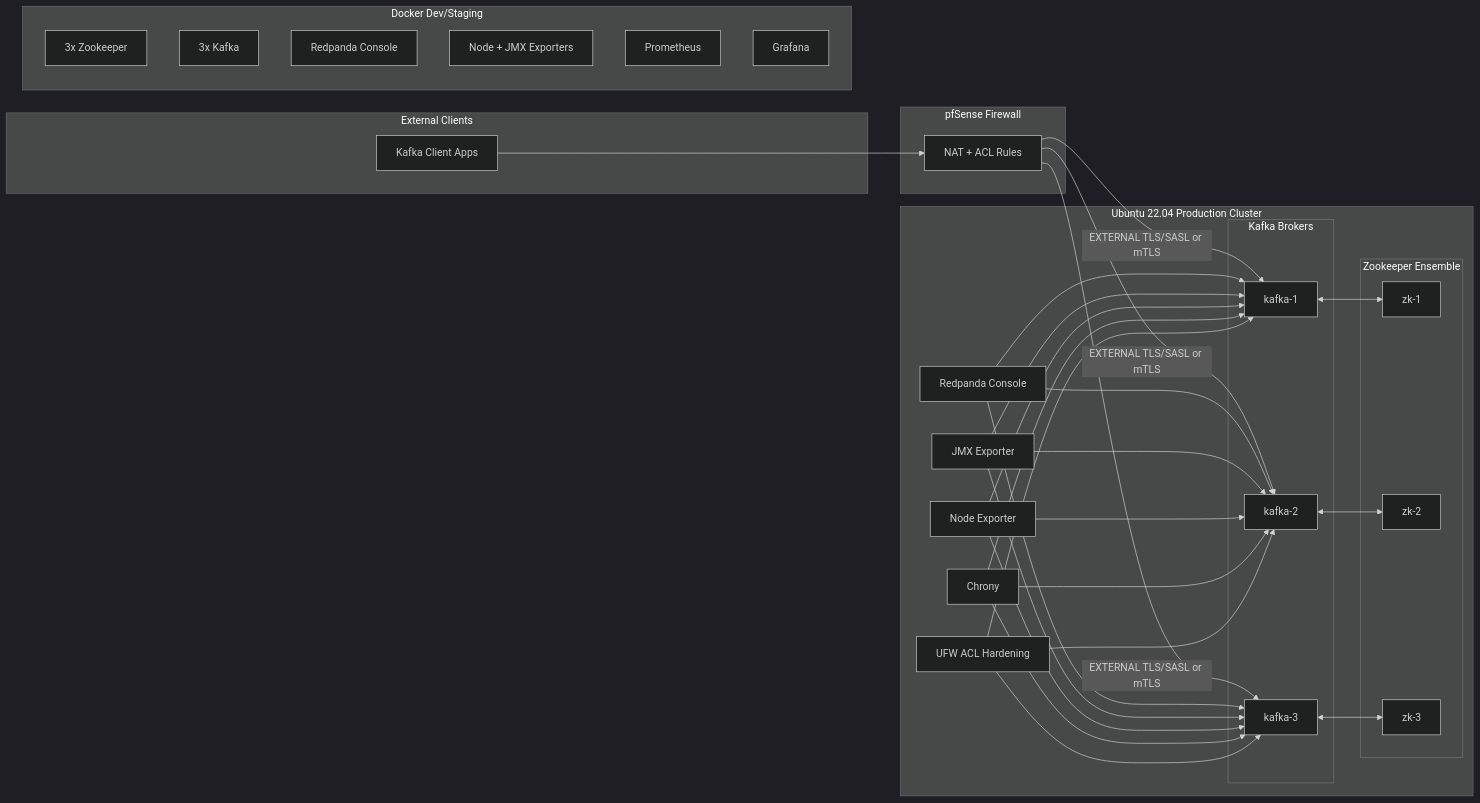
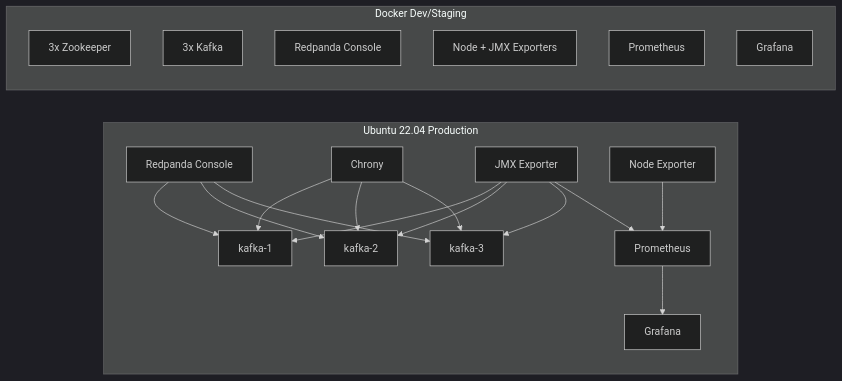
One commit to alitman22/kafka-deployment-configuration changed the second of 2 diagrams in README.md. Above: the diagram before and after it, drawn with Mermaid (dark theme). The commit also changed other lines of this file, not shown here.

Commit message:
Updated deployment graph & descriptons

````diff
--- a/README.md
+++ b/README.md
@@ -13,63 +35,36 @@
 ```mermaid
 flowchart LR
-    subgraph WAN[External Clients]
-      C1[Kafka Client Apps]
+    subgraph PROD[Ubuntu 22.04 Production]
+      K1[kafka-1]
+      K2[kafka-2]
+      K3[kafka-3]
+      RC[Redpanda Console]
+      CH[Chrony]
+      J[JMX Exporter]
+      N[Node Exporter]
+      PR[Prometheus]
+      G[Grafana]
     end
 
-    subgraph FW[pfSense Firewall]
-      NAT[NAT + ACL Rules]
-    end
-
-    subgraph PROD[Ubuntu 22.04 Production Cluster]
-      subgraph ZK[Zookeeper Ensemble]
-        Z1[zk-1]
-        Z2[zk-2]
-        Z3[zk-3]
-      end
-
-      subgraph KF[Kafka Brokers]
-        K1[kafka-1]
-        K2[kafka-2]
-        K3[kafka-3]
-      end
-
-      RC[Redpanda Console]
-      CH[Chrony]
-      NE[Node Exporter]
-      JMX[JMX Exporter]
-      UFW[UFW ACL Hardening]
-    end
-
-    C1 --> NAT
-    NAT -->|EXTERNAL TLS/SASL or mTLS| K1
-    NAT -->|EXTERNAL TLS/SASL or mTLS| K2
-    NAT -->|EXTERNAL TLS/SASL or mTLS| K3
-
-    K1 <--> Z1
-    K2 <--> Z2
-    K3 <--> Z3
     RC --> K1
     RC --> K2
     RC --> K3
-    JMX --> K1
-    JMX --> K2
-    JMX --> K3
-    NE --> K1
-    NE --> K2
-    NE --> K3
     CH --> K1
     CH --> K2
     CH --> K3
-    UFW --> K1
-    UFW --> K2
-    UFW --> K3
+    J --> K1
+    J --> K2
+    J --> K3
+    N --> PR
+    J --> PR
+    PR --> G
 
     subgraph DEV[Docker Dev/Staging]
-      D1[3x Zookeeper]
-      D2[3x Kafka]
-      D3[Redpanda Console]
-      D4[Node + JMX Exporters]
-      D5[Prometheus]
-      D6[Grafana]
+      DZ[3x Zookeeper]
+      DK[3x Kafka]
+      DRC[Redpanda Console]
+      DJN[Node + JMX Exporters]
+      DPR[Prometheus]
+      DG[Grafana]
     end
 ```
````
